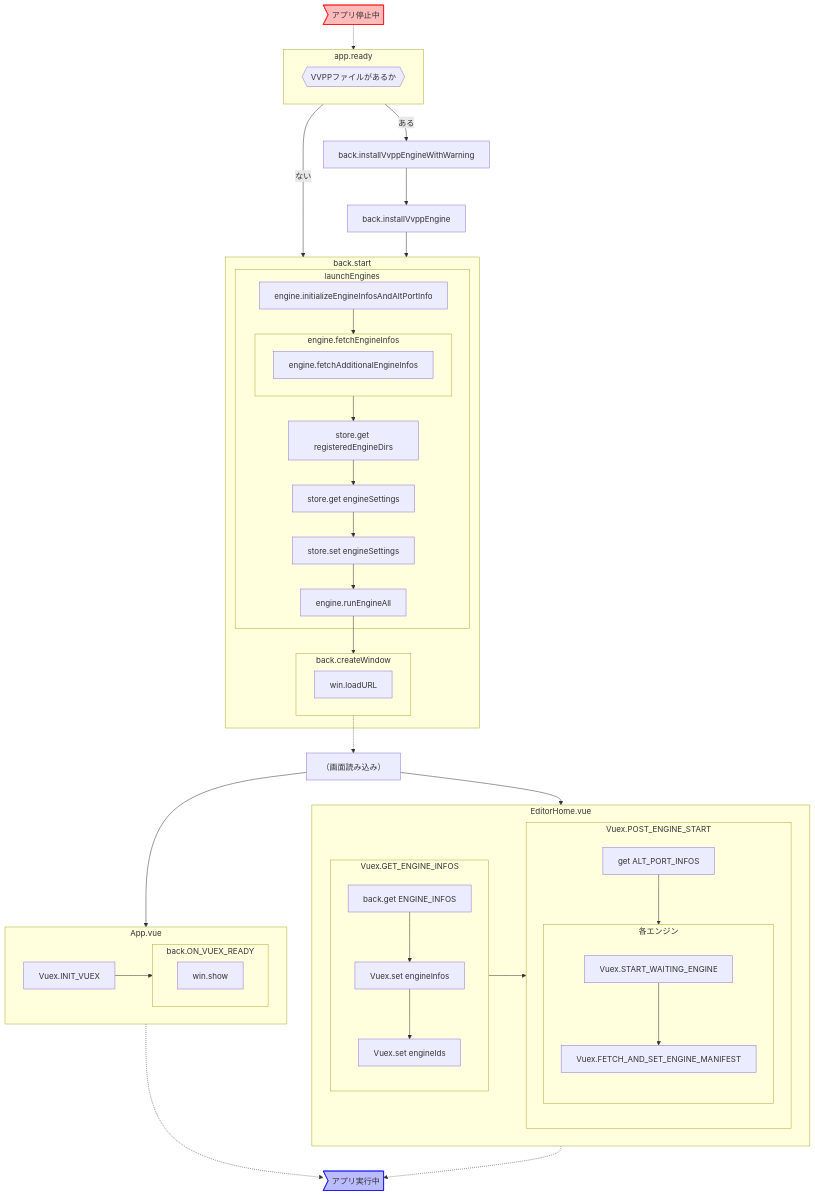
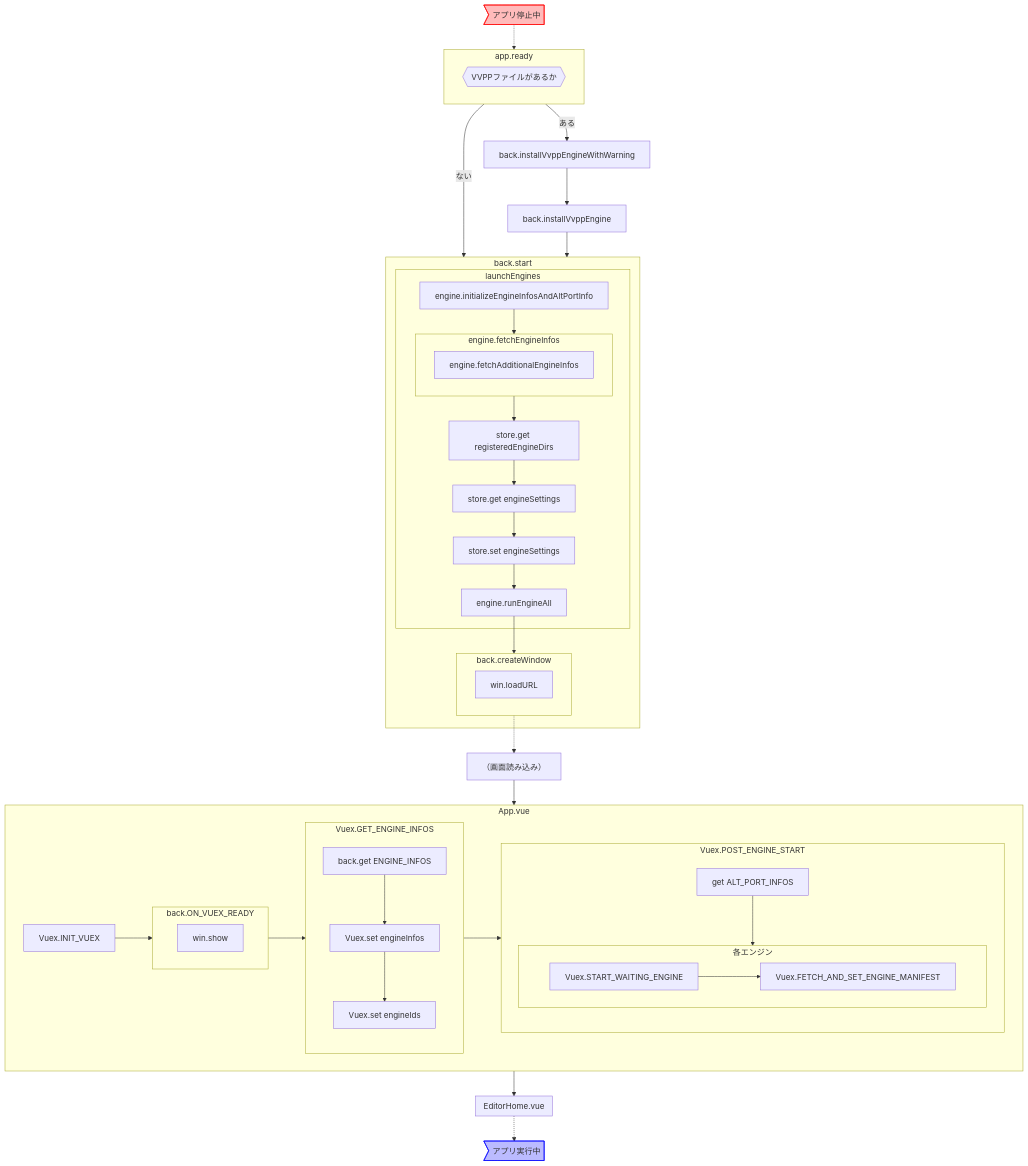
One commit to VOICEVOX/voicevox changed the diagram in docs/res/起動シーケンス図.md. Above: the diagram before and after it, drawn with Mermaid. The commit also changed 3 other files, not shown here.

````diff
--- a/docs/res/起動シーケンス図.md
+++ b/docs/res/起動シーケンス図.md
@@ -3,53 +3,53 @@
 ```mermaid
 flowchart
-  174170["back.installVvppEngineWithWarning"] --> 786961["back.installVvppEngine"]
-  764022["（画面読み込み）"] --> 698565["App.vue"]
-  764022 --> 332024["EditorHome.vue"]
-  733212["back.createWindow"] -.-> 764022
-  448821>"アプリ停止中"] -.-> 430173["app.ready"]
-  style 448821 fill:#ffbbbb,stroke:#ff0000
-  430173 -->|"ある"| 174170
-  430173 -->|"ない"| 389651["back.start"]
-  698565 -.-> 704891>"アプリ実行中"]
-  style 704891 fill:#bbbbff,stroke:#0000ff
-  332024 -.-> 704891
-  786961 --> 389651
-  subgraph 332024["EditorHome.vue"]
-    709863["Vuex.GET_ENGINE_INFOS"] --> 773040["Vuex.POST_ENGINE_START"]
-    subgraph 773040["Vuex.POST_ENGINE_START"]
-      970396["get ALT_PORT_INFOS"] --> 467527["各エンジン"]
-      subgraph 467527["各エンジン"]
-        592206["Vuex.START_WAITING_ENGINE"] --> 799767["Vuex.FETCH_AND_SET_ENGINE_MANIFEST"]
-      end
-    end
-    subgraph 709863["Vuex.GET_ENGINE_INFOS"]
-      807081["back.get ENGINE_INFOS"] --> 423649["Vuex.set engineInfos"]
-      423649 --> 623418["Vuex.set engineIds"]
-    end
-  end
-  subgraph 389651["back.start"]
-    967432["engine.runEngineAll"] --> 733212
-    subgraph 733212["back.createWindow"]
-      613440["win.loadURL"]
-    end
-    subgraph 548965["launchEngines"]
-      250263["store.get engineSettings"] --> 222321["store.set engineSettings"]
-      870482["store.get registeredEngineDirs"] --> 250263
-      222321 --> 967432
-      656570["engine.fetchEngineInfos"] --> 870482
-      110954["engine.initializeEngineInfosAndAltPortInfo"] --> 656570
-      subgraph 656570["engine.fetchEngineInfos"]
-        267019["engine.fetchAdditionalEngineInfos"]
-      end
-    end
-  end
-  subgraph 430173["app.ready"]
-    546251{{"VVPPファイルがあるか"}}
-  end
-  subgraph 698565["App.vue"]
-    646647["Vuex.INIT_VUEX"] --> 632374["back.ON_VUEX_READY"]
-    subgraph 632374["back.ON_VUEX_READY"]
-      225701["win.show"]
-    end
-  end
+	174170["back.installVvppEngineWithWarning"] --> 786961["back.installVvppEngine"]
+	764022["（画面読み込み）"] --> 698565["App.vue"]
+	733212["back.createWindow"] -.-> 764022
+	448821>"アプリ停止中"] -.-> 430173["app.ready"]
+	style 448821 fill:#ffbbbb,stroke:#ff0000
+	430173 -->|"ある"| 174170
+	430173 -->|"ない"| 389651["back.start"]
+	332024["EditorHome.vue"] -.-> 704891>"アプリ実行中"]
+	style 704891 fill:#bbbbff,stroke:#0000ff
+	786961 --> 389651
+	698565 --> 332024
+	subgraph 332024["EditorHome.vue"]
+	end
+	subgraph 389651["back.start"]
+		967432["engine.runEngineAll"] --> 733212
+		subgraph 733212["back.createWindow"]
+			613440["win.loadURL"]
+		end
+		subgraph 548965["launchEngines"]
+			250263["store.get engineSettings"] --> 222321["store.set engineSettings"]
+			870482["store.get registeredEngineDirs"] --> 250263
+			222321 --> 967432
+			656570["engine.fetchEngineInfos"] --> 870482
+			110954["engine.initializeEngineInfosAndAltPortInfo"] --> 656570
+			subgraph 656570["engine.fetchEngineInfos"]
+				267019["engine.fetchAdditionalEngineInfos"]
+			end
+		end
+	end
+	subgraph 430173["app.ready"]
+		546251{{"VVPPファイルがあるか"}}
+	end
+	subgraph 698565["App.vue"]
+		709863["Vuex.GET_ENGINE_INFOS"] --> 773040["Vuex.POST_ENGINE_START"]
+		646647["Vuex.INIT_VUEX"] --> 632374["back.ON_VUEX_READY"]
+		632374 --> 709863
+		subgraph 632374["back.ON_VUEX_READY"]
+			225701["win.show"]
+		end
+		subgraph 709863["Vuex.GET_ENGINE_INFOS"]
+			807081["back.get ENGINE_INFOS"] --> 423649["Vuex.set engineInfos"]
+			423649 --> 623418["Vuex.set engineIds"]
+		end
+		subgraph 773040["Vuex.POST_ENGINE_START"]
+			970396["get ALT_PORT_INFOS"] --> 467527["各エンジン"]
+			subgraph 467527["各エンジン"]
+				592206["Vuex.START_WAITING_ENGINE"] --> 799767["Vuex.FETCH_AND_SET_ENGINE_MANIFEST"]
+			end
+		end
+	end
 ```
````
